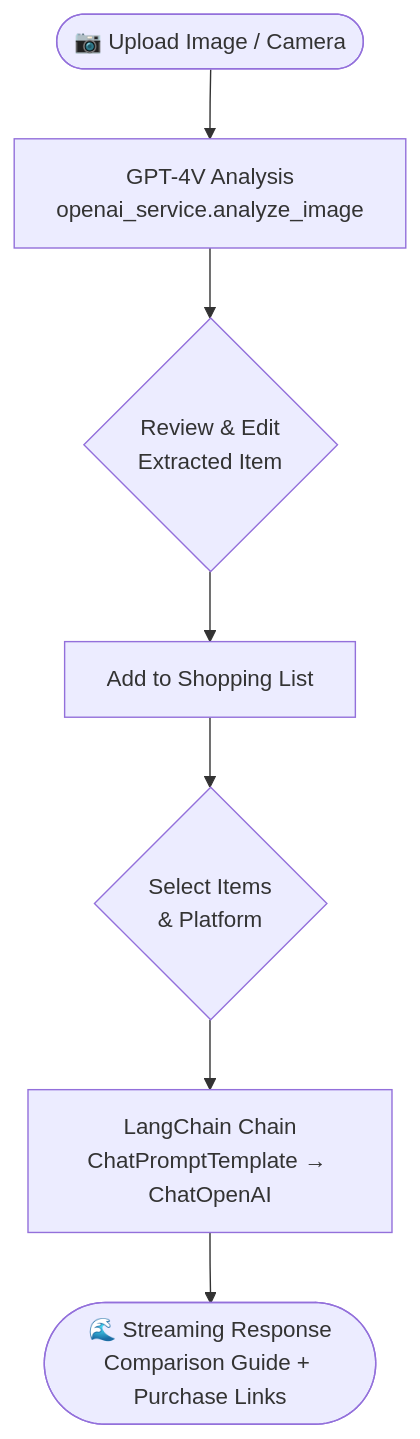
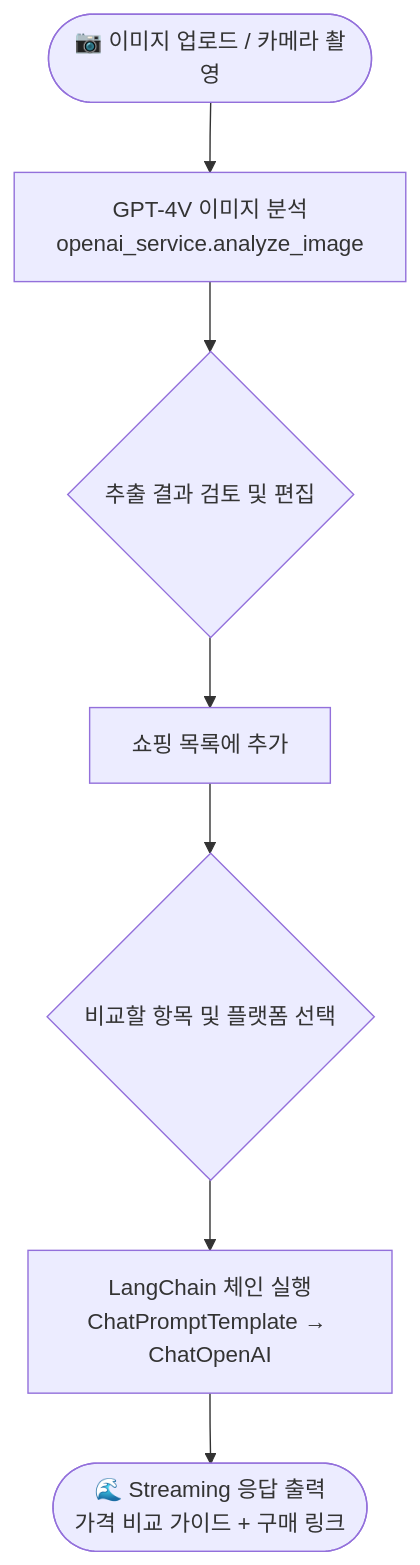
The first of 2 diagrams in README.md (vosnuev/Shopping_app), drawn with Mermaid before and after one commit. The commit also changed other lines of this file, not shown here.

````diff
--- a/README.md
+++ b/README.md
@@ -122,9 +122,9 @@
 ```mermaid
 flowchart TD
-    A([📷 Upload Image / Camera]) --> B[GPT-4V Analysis\nopenai_service.analyze_image]
-    B --> C{Review & Edit\nExtracted Item}
-    C --> D[Add to Shopping List]
-    D --> E{Select Items\n& Platform}
-    E --> F[LangChain Chain\nChatPromptTemplate → ChatOpenAI]
-    F --> G([🌊 Streaming Response\nComparison Guide + Purchase Links])
+    A([📷 이미지 업로드 / 카메라 촬영]) --> B[GPT-4V 이미지 분석\nopenai_service.analyze_image]
+    B --> C{추출 결과 검토 및 편집}
+    C --> D[쇼핑 목록에 추가]
+    D --> E{비교할 항목 및 플랫폼 선택}
+    E --> F[LangChain 체인 실행\nChatPromptTemplate → ChatOpenAI]
+    F --> G([🌊 Streaming 응답 출력\n가격 비교 가이드 + 구매 링크])
 ```
````
